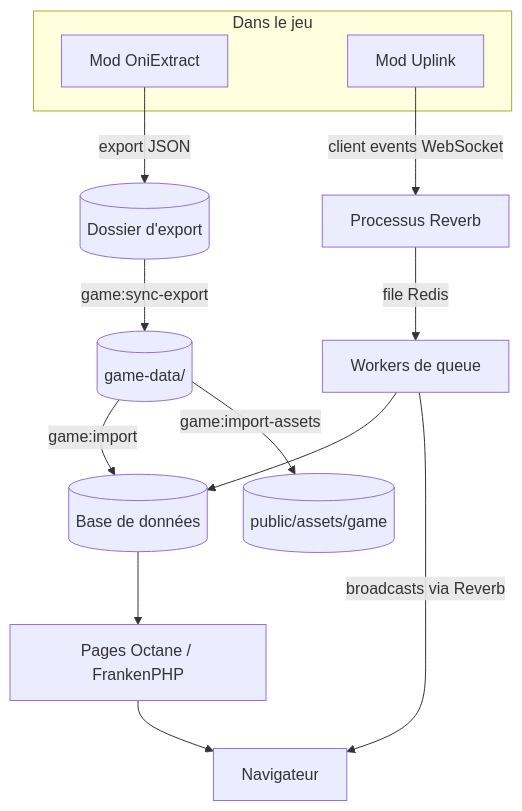
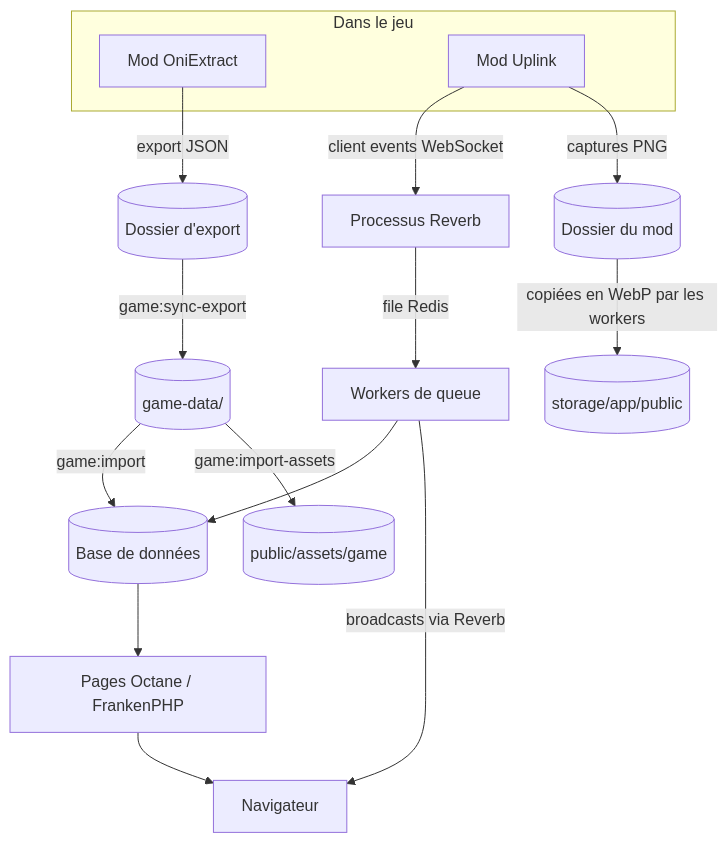
Before and after one commit to SirMishaa/oni-planer: the diagram in docs/site/development/architecture.md, drawn with Mermaid. The commit also changed 4 other files, not shown here.

Commit message:
docs: zone captures, comparison with the game, every mod imported, stair variants

````diff
--- a/docs/site/development/architecture.md
+++ b/docs/site/development/architecture.md
@@ -12,30 +12,32 @@
 ```mermaid
 ---
 config:
   flowchart:
     curve: basis
     nodeSpacing: 36
     rankSpacing: 48
     padding: 14
   themeVariables:
     fontSize: 16px
 ---
 flowchart TB
   subgraph Jeu[Dans le jeu]
     OE[Mod OniExtract]
     UL[Mod Uplink]
   end
   OE -->|export JSON| EX[(Dossier d'export)]
   EX -->|game:sync-export| GD[(game-data/)]
   GD -->|game:import| DB[(Base de données)]
   GD -->|game:import-assets| AS[(public/assets/game)]
   UL -->|client events WebSocket| RV[Processus Reverb]
+  UL -->|captures PNG| MF[(Dossier du mod)]
+  MF -->|copiées en WebP par les workers| ST[(storage/app/public)]
   RV -->|file Redis| WK[Workers de queue]
   WK --> DB
   DB --> OC[Pages Octane / FrankenPHP]
   WK -->|broadcasts via Reverb| BR[Navigateur]
   OC --> BR
   class OE,UL game
   class RV,WK,OC,BR site
-  class EX,GD,DB,AS store
+  class EX,GD,DB,AS,MF,ST store
 ```
````
